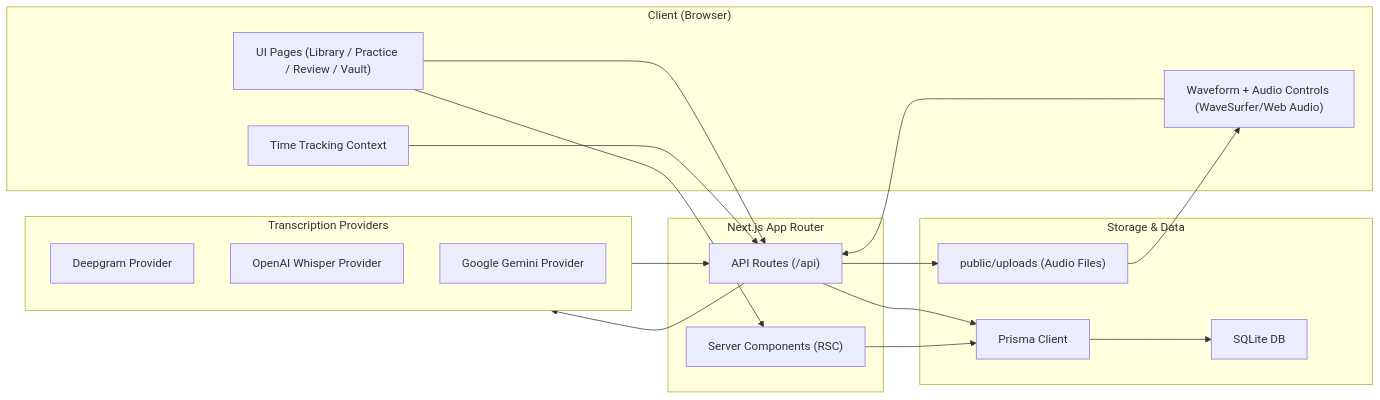
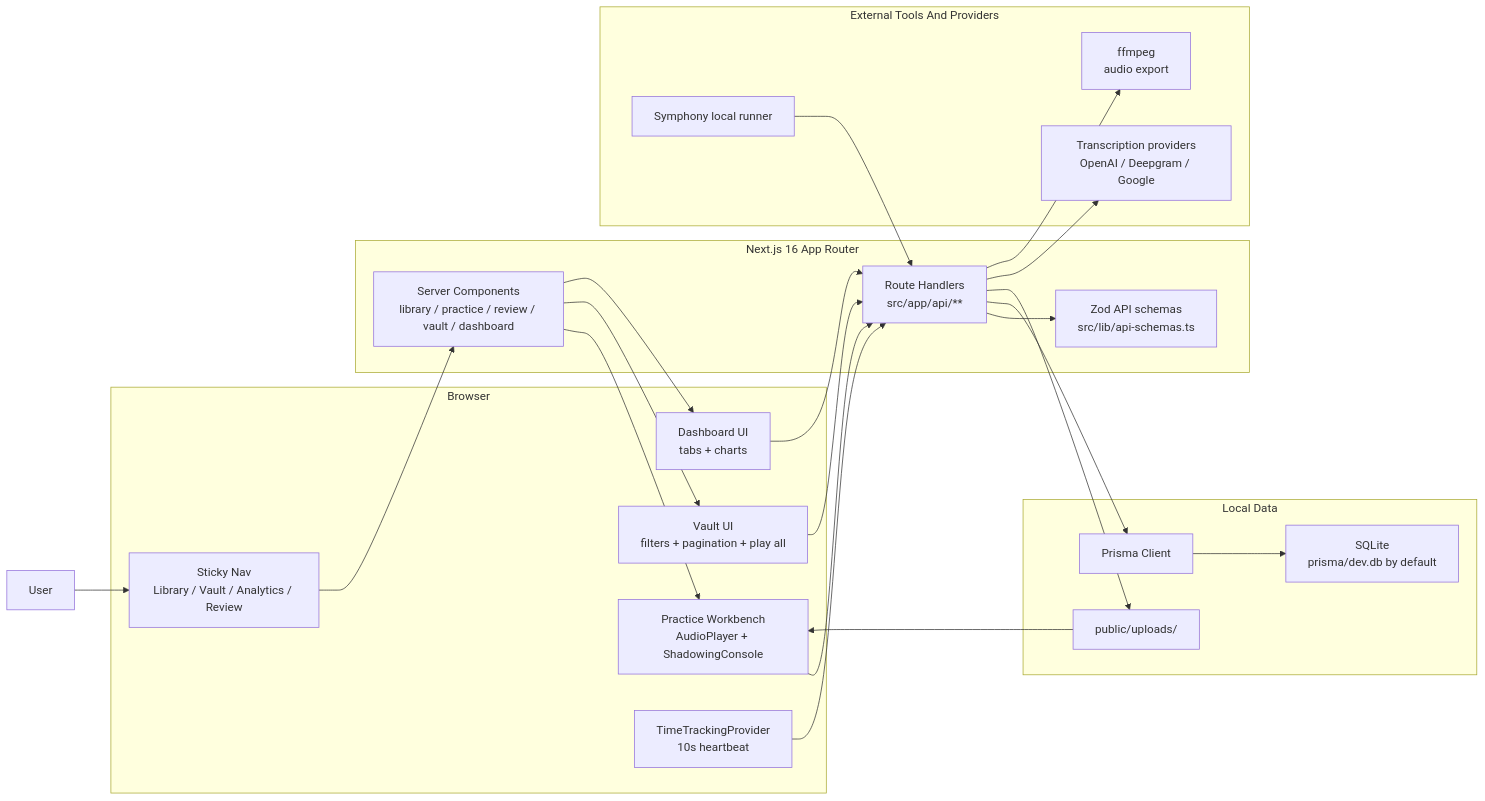
The first of 4 diagrams in docs/architecture.md (zhouchangju/DeepListener), drawn with Mermaid before and after one commit. The commit also changed other lines of this file and 55 other files, not shown here.

````diff
--- a/docs/architecture.md
+++ b/docs/architecture.md
@@ -3,41 +9,48 @@
 ```mermaid
 flowchart LR
-  subgraph Client["Client (Browser)"]
-    UI["UI Pages (Library / Practice / Review / Vault)"]
-    AudioUI["Waveform + Audio Controls (WaveSurfer/Web Audio)"]
-    TimeTracking["Time Tracking Context"]
+  User["User"]
+
+  subgraph Browser["Browser"]
+    Nav["Sticky Nav<br/>Library / Vault / Analytics / Review"]
+    PracticeUI["Practice Workbench<br/>AudioPlayer + ShadowingConsole"]
+    VaultUI["Vault UI<br/>filters + pagination + play all"]
+    DashboardUI["Dashboard UI<br/>tabs + charts"]
+    TimeTracking["TimeTrackingProvider<br/>10s heartbeat"]
   end
 
-  subgraph NextApp["Next.js App Router"]
-    RSC["Server Components (RSC)"]
-    API["API Routes (/api)"]
+  subgraph NextApp["Next.js 16 App Router"]
+    Pages["Server Components<br/>library / practice / review / vault / dashboard"]
+    Api["Route Handlers<br/>src/app/api/**"]
+    Schemas["Zod API schemas<br/>src/lib/api-schemas.ts"]
   end
 
-  subgraph Services["Transcription Providers"]
-    Deepgram["Deepgram Provider"]
-    OpenAI["OpenAI Whisper Provider"]
-    Google["Google Gemini Provider"]
+  subgraph Data["Local Data"]
+    Prisma["Prisma Client"]
+    SQLite["SQLite<br/>prisma/dev.db by default"]
+    Uploads["public/uploads/"]
   end
 
-  subgraph Storage["Storage & Data"]
-    Prisma["Prisma Client"]
-    SQLite["SQLite DB"]
-    Files["public/uploads (Audio Files)"]
+  subgraph External["External Tools And Providers"]
+    STT["Transcription providers<br/>OpenAI / Deepgram / Google"]
+    FFmpeg["ffmpeg<br/>audio export"]
+    Symphony["Symphony local runner"]
   end
 
-  UI --> RSC
-  UI --> API
-  AudioUI --> API
-  TimeTracking --> API
-
-  API --> Prisma
+  User --> Nav
+  Nav --> Pages
+  Pages --> PracticeUI
+  Pages --> VaultUI
+  Pages --> DashboardUI
+  PracticeUI --> Api
+  VaultUI --> Api
+  DashboardUI --> Api
+  TimeTracking --> Api
+  Api --> Schemas
+  Api --> Prisma
   Prisma --> SQLite
-
-  API --> Files
-  Files --> AudioUI
-
-  API --> Services
-  Services --> API
-
-  RSC --> Prisma
+  Api --> Uploads
+  Uploads --> PracticeUI
+  Api --> STT
+  Api --> FFmpeg
+  Symphony --> Api
 ```
````
